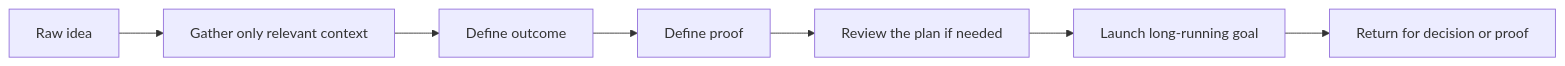
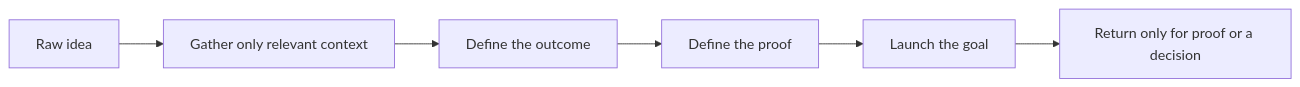
Before and after one commit to sabirmgd/terminal-first-goal-loop: the first of 10 diagrams in docs/playbooks.md, drawn with Mermaid. The commit also changed other lines of this file and 33 other files, not shown here.

````diff
--- a/docs/playbooks.md
+++ b/docs/playbooks.md
@@ -17,9 +17,8 @@
 ```mermaid
 flowchart LR
     I["Raw idea"] --> C["Gather only relevant context"]
-    C --> O["Define outcome"]
-    O --> P["Define proof"]
-    P --> R["Review the plan if needed"]
-    R --> G["Launch long-running goal"]
-    G --> H["Return for decision or proof"]
+    C --> O["Define the outcome"]
+    O --> P["Define the proof"]
+    P --> G["Launch the goal"]
+    G --> H["Return only for proof or a decision"]
 ```
````
